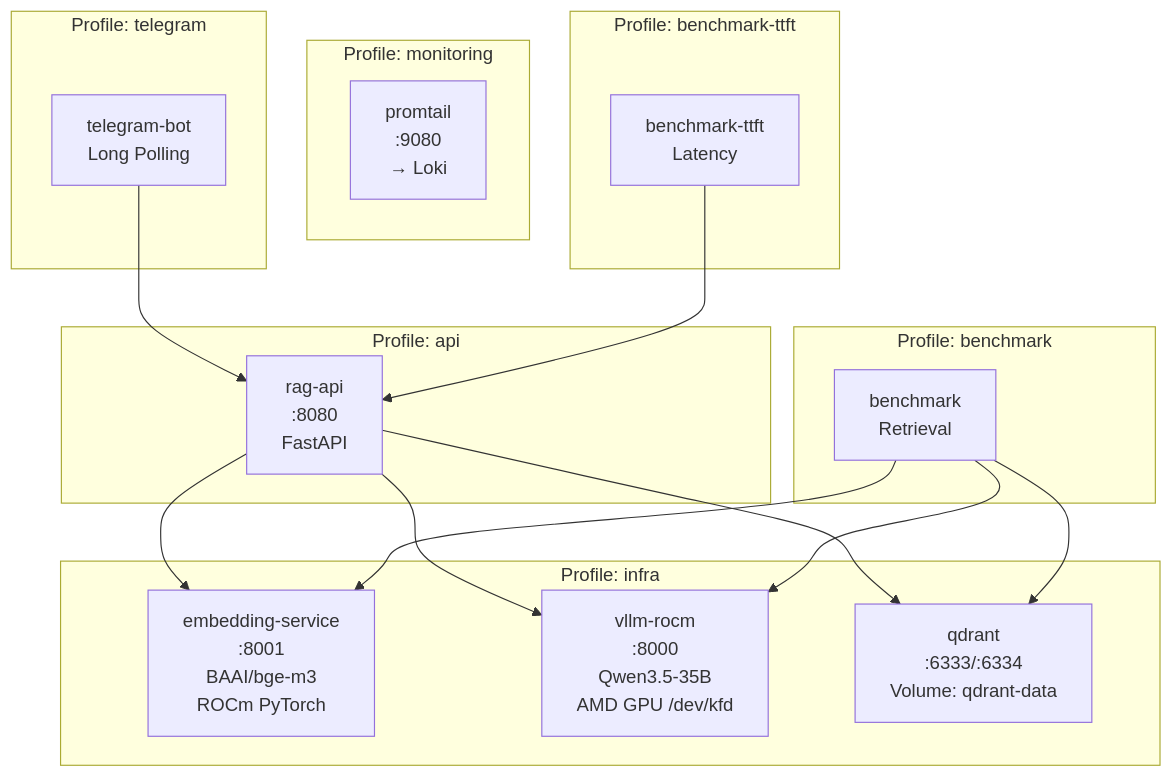
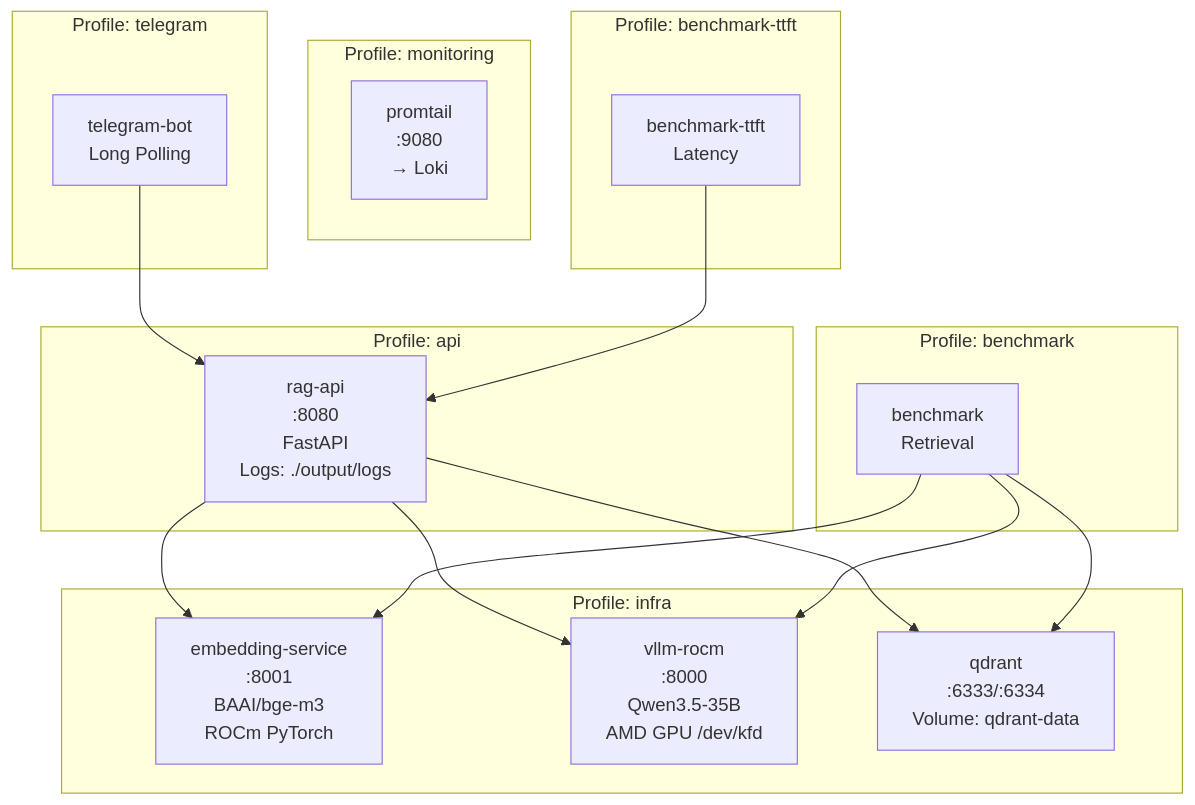
One commit to kristonova/rag-for-l1-aleleon-hpc-support changed diagram 11 of 13 in docs/MICROSERVICES_ARCHITECTURE.md. Above: the diagram before and after it, drawn with Mermaid. The commit also changed other lines of this file, not shown here.

Commit message:
docs: add microservices architecture documentation and archive rag_slurm_vllm.py script

````diff
--- a/docs/MICROSERVICES_ARCHITECTURE.md
+++ b/docs/MICROSERVICES_ARCHITECTURE.md
@@ -399,37 +512,37 @@
 ```mermaid
 graph TB
     subgraph "Profile: infra"
         EMB["embedding-service<br/>:8001<br/>BAAI/bge-m3<br/>ROCm PyTorch"]
         VLLM["vllm-rocm<br/>:8000<br/>Qwen3.5-35B<br/>AMD GPU /dev/kfd"]
         QD["qdrant<br/>:6333/:6334<br/>Volume: qdrant-data"]
     end
 
     subgraph "Profile: api"
-        API["rag-api<br/>:8080<br/>FastAPI"]
+        API["rag-api<br/>:8080<br/>FastAPI<br/>Logs: ./output/logs"]
     end
 
     subgraph "Profile: telegram"
         TB["telegram-bot<br/>Long Polling"]
     end
 
     subgraph "Profile: monitoring"
         PR["promtail<br/>:9080<br/>→ Loki"]
     end
 
     subgraph "Profile: benchmark"
         BR["benchmark<br/>Retrieval"]
     end
 
     subgraph "Profile: benchmark-ttft"
         BT["benchmark-ttft<br/>Latency"]
     end
 
     API --> EMB
     API --> VLLM
     API --> QD
     TB --> API
     BR --> EMB
     BR --> VLLM
     BR --> QD
     BT --> API
 ```
````
